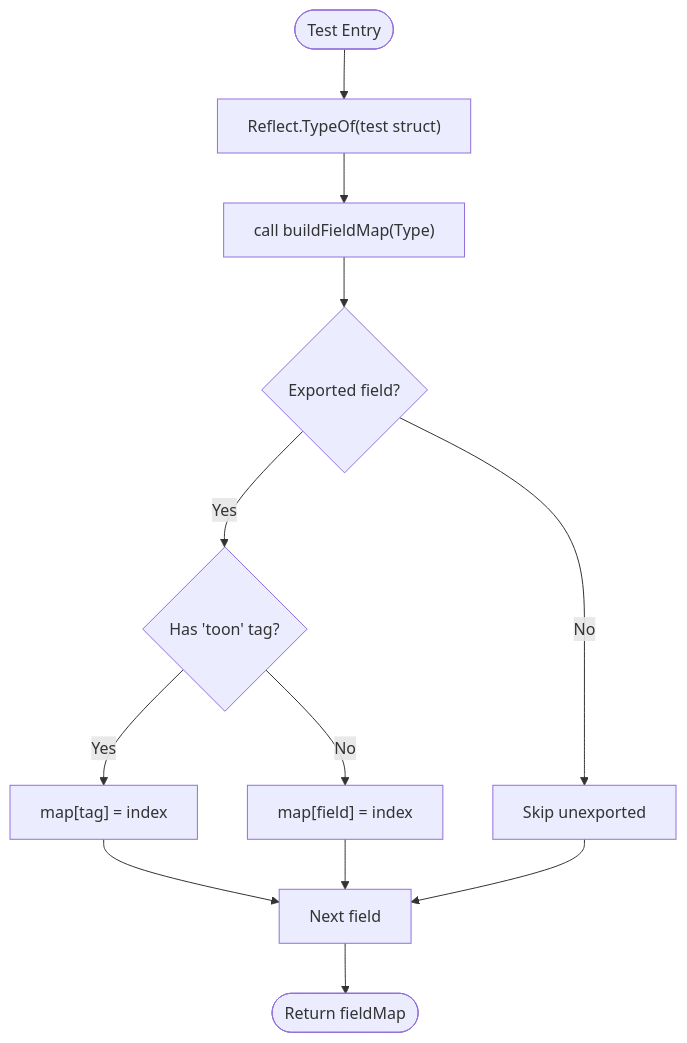
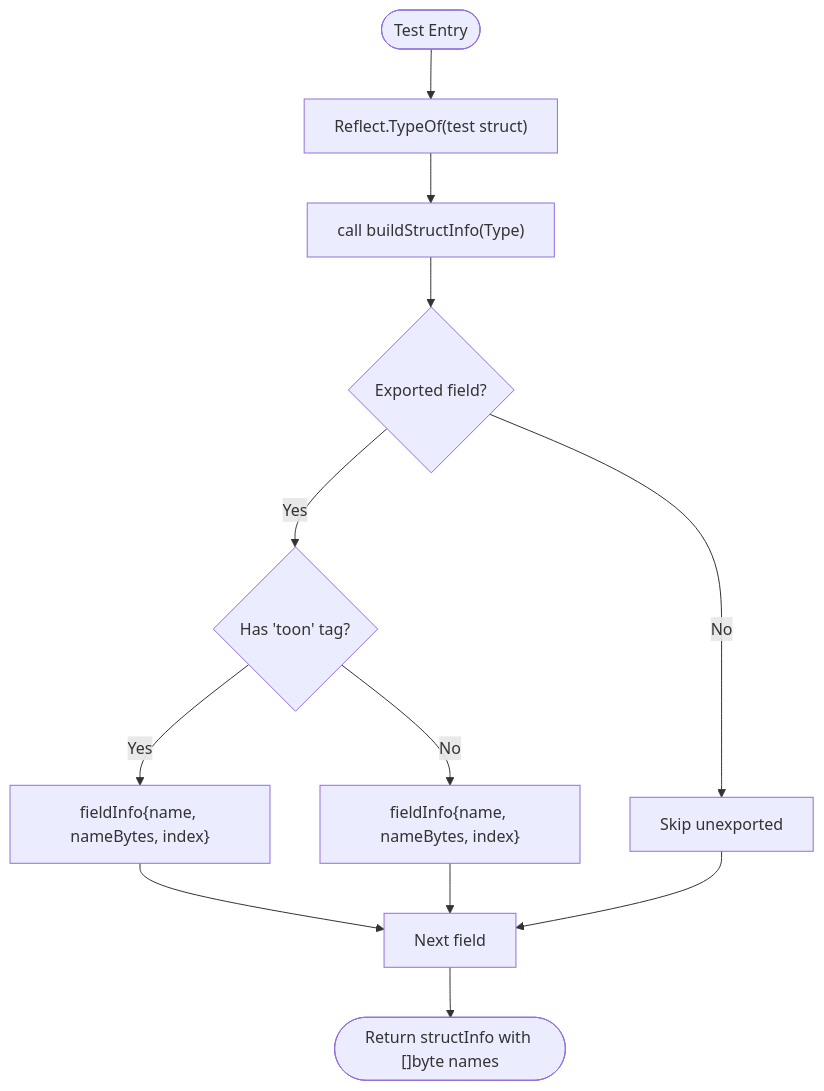
One commit to OTumanov/go-toon changed the fourth of 6 diagrams in .qoder/repowiki/en/content/Testing and Quality Assurance.md. Above: the diagram before and after it, drawn with Mermaid. The commit also changed other lines of this file and 6 other files, not shown here.

````diff
--- a/.qoder/repowiki/en/content/Testing and Quality Assurance.md
+++ b/.qoder/repowiki/en/content/Testing and Quality Assurance.md
@@ -168,14 +192,14 @@
 ```mermaid
 flowchart TD
 Start(["Test Entry"]) --> BuildType["Reflect.TypeOf(test struct)"]
-BuildType --> CallBuild["call buildFieldMap(Type)"]
+BuildType --> CallBuild["call buildStructInfo(Type)"]
 CallBuild --> CheckExported{"Exported field?"}
 CheckExported --> |Yes| TagCheck{"Has 'toon' tag?"}
-TagCheck --> |Yes| AddTag["map[tag] = index"]
-TagCheck --> |No| AddName["map[field] = index"]
+TagCheck --> |Yes| AddTag["fieldInfo{name, nameBytes, index}"]
+TagCheck --> |No| AddName["fieldInfo{name, nameBytes, index}"]
 CheckExported --> |No| Skip["Skip unexported"]
 AddTag --> Next["Next field"]
 AddName --> Next
 Skip --> Next
-Next --> Done(["Return fieldMap"])
+Next --> Done(["Return structInfo with []byte names"])
 ```
````
